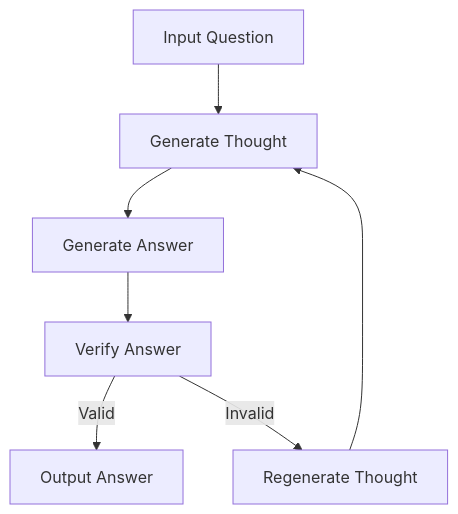
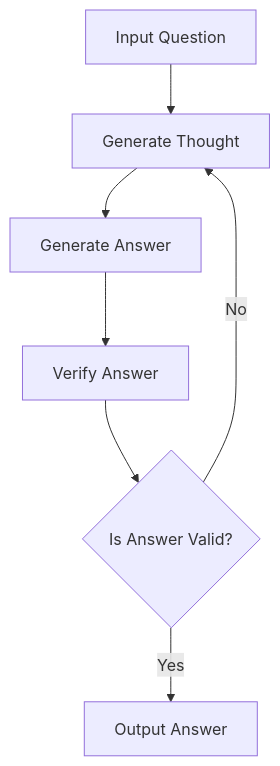
The diagram in data/papers/2207.10342/features/crib-sheet/2207.10342.md (dmarx/papers-feed), drawn with Mermaid before and after one commit. The commit also changed other lines of this file and 9 other files, not shown here.

````diff
--- a/data/papers/2207.10342/features/crib-sheet/2207.10342.md
+++ b/data/papers/2207.10342/features/crib-sheet/2207.10342.md
@@ -27,9 +25,9 @@
   ```mermaid
   graph TD;
       A[Input Question] --> B[Generate Thought];
       B --> C[Generate Answer];
       C --> D[Verify Answer];
-      D -->|Valid| E[Output Answer];
-      D -->|Invalid| F[Regenerate Thought];
-      F --> B;
+      D --> E{Is Answer Valid?};
+      E -- Yes --> F[Output Answer];
+      E -- No --> B;
   ```
````
